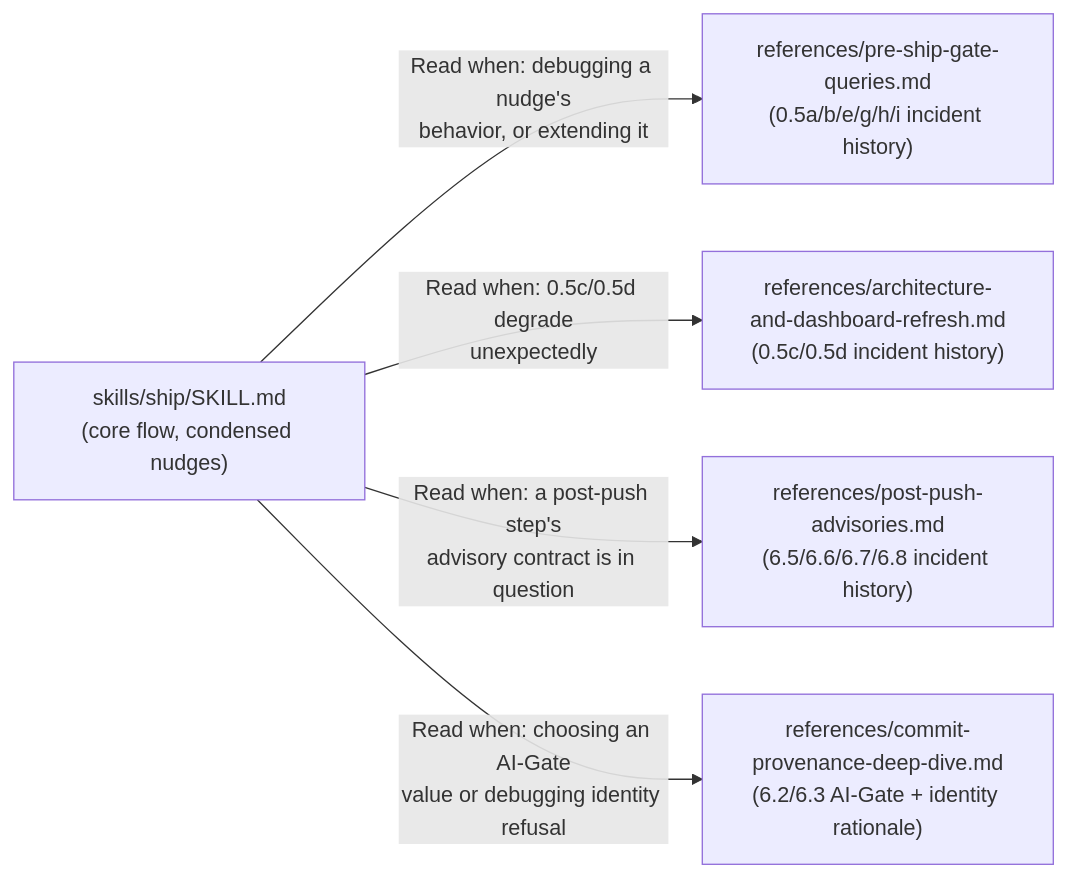
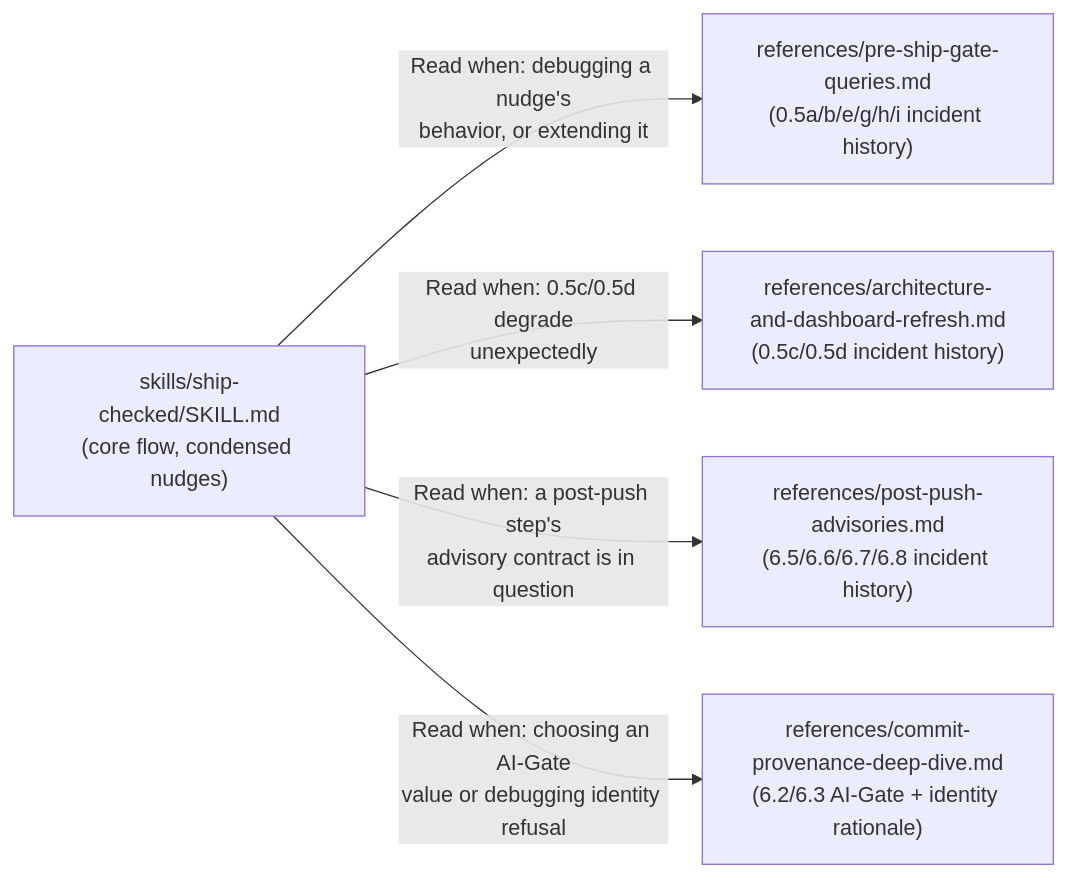
Before and after one commit to Lbstrydom/claude-engineering-skills: the diagram in docs/plans/ship-skill-size-reduction.md, drawn with Mermaid. The commit also changed other lines of this file and 343 other files, not shown here.

First line of the commit message:
feat(skills): rename /ship to /ship-checked

````diff
--- a/docs/plans/ship-skill-size-reduction.md
+++ b/docs/plans/ship-skill-size-reduction.md
@@ -127,12 +127,12 @@
 ```mermaid
 graph LR
-  SKILL["skills/ship/SKILL.md<br/>(core flow, condensed nudges)"]
+  SKILL["skills/ship-checked/SKILL.md<br/>(core flow, condensed nudges)"]
   R1["references/pre-ship-gate-queries.md<br/>(0.5a/b/e/g/h/i incident history)"]
   R2["references/architecture-and-dashboard-refresh.md<br/>(0.5c/0.5d incident history)"]
   R3["references/post-push-advisories.md<br/>(6.5/6.6/6.7/6.8 incident history)"]
   R4["references/commit-provenance-deep-dive.md<br/>(6.2/6.3 AI-Gate + identity rationale)"]
   SKILL -->|"Read when: debugging a nudge's<br/>behavior, or extending it"| R1
   SKILL -->|"Read when: 0.5c/0.5d degrade<br/>unexpectedly"| R2
   SKILL -->|"Read when: a post-push step's<br/>advisory contract is in question"| R3
   SKILL -->|"Read when: choosing an AI-Gate<br/>value or debugging identity refusal"| R4
 ```
````
